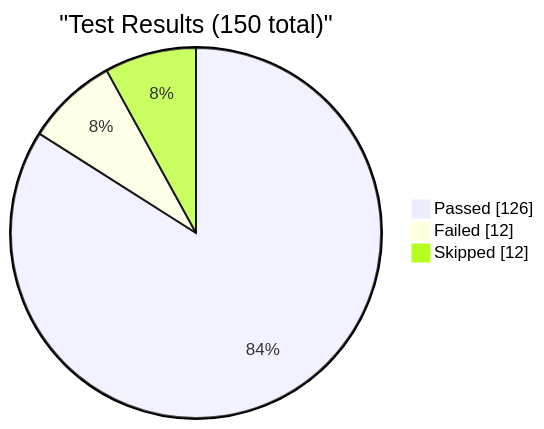
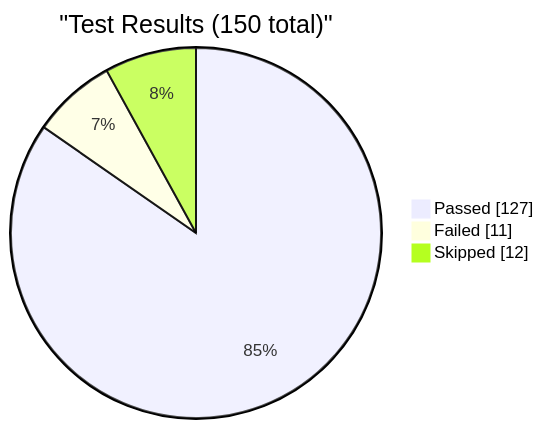
Before and after one commit to EliteaAI/onetest-ai-tm-Elitea: the first of 4 diagrams in reports/dashboard.md, drawn with Mermaid. The commit also changed other lines of this file and 1 other file, not shown here.

Commit message:
dashboard: update test metrics for RUN-ELITEA-2026-08-21-31-DEV-STABLE-ALL-FAILED

````diff
--- a/reports/dashboard.md
+++ b/reports/dashboard.md
@@ -9,7 +9,7 @@
 ```mermaid
 pie showData
     title "Test Results (150 total)"
-    "Passed" : 126
-    "Failed" : 12
+    "Passed" : 127
+    "Failed" : 11
     "Skipped" : 12
 ```
````
